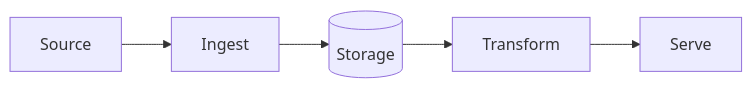
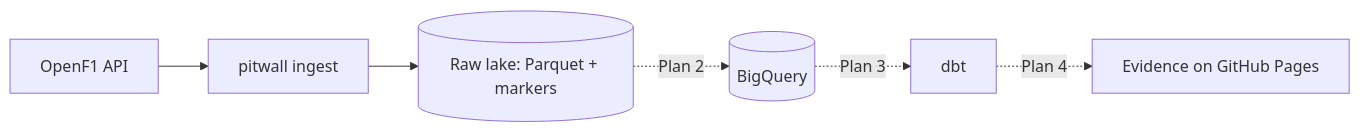
Before and after one commit to TomasRipsky/pitwall: the diagram in README.md, drawn with Mermaid. The commit also changed other lines of this file and 41 other files, not shown here.

First line of the commit message:
feat(pitwall): OpenF1 extractor to raw lake (data-engineering-lab#17)

````diff
--- a/README.md
+++ b/README.md
@@ -7,4 +7,5 @@
 ```mermaid
 flowchart LR
-  source[Source] --> ingest[Ingest] --> storage[(Storage)] --> transform[Transform] --> serve[Serve]
+  api[OpenF1 API] --> ingest[pitwall ingest] --> lake[(Raw lake: Parquet + markers)]
+  lake -. Plan 2 .-> bq[(BigQuery)] -. Plan 3 .-> dbt[dbt] -. Plan 4 .-> site[Evidence on GitHub Pages]
 ```
````
